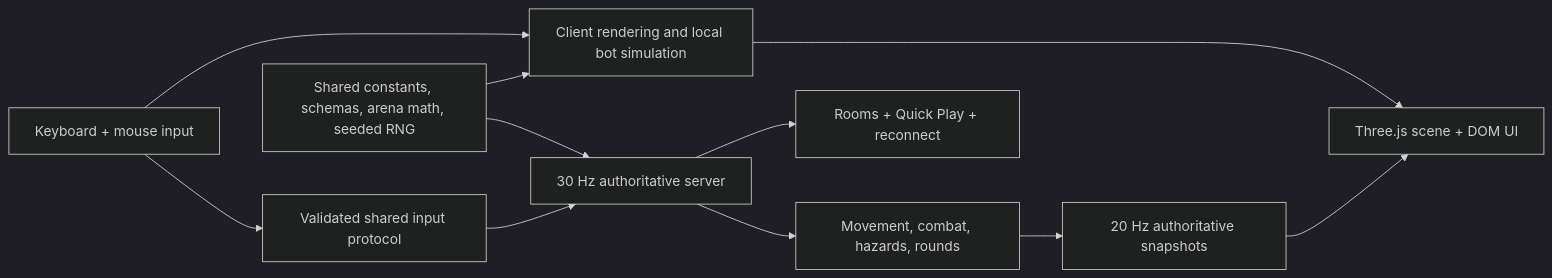
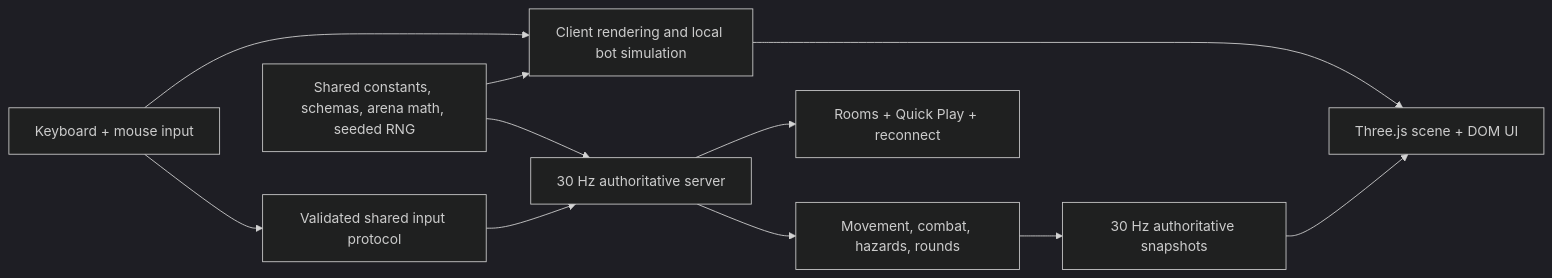
Before and after one commit to colelifts/knockback-arena: the diagram in README.md, drawn with Mermaid (dark theme). The commit also changed other lines of this file and 20 other files, not shown here.

````diff
--- a/README.md
+++ b/README.md
@@ -42,13 +43,13 @@
 ```mermaid
 flowchart LR
   Input["Keyboard + mouse input"] --> Prediction["Client rendering and local bot simulation"]
   Prediction --> View["Three.js scene + DOM UI"]
   Input --> Protocol["Validated shared input protocol"]
   Protocol --> Server["30 Hz authoritative server"]
   Server --> Rooms["Rooms + Quick Play + reconnect"]
   Server --> Simulation["Movement, combat, hazards, rounds"]
-  Simulation --> Snapshot["20 Hz authoritative snapshots"]
+  Simulation --> Snapshot["30 Hz authoritative snapshots"]
   Snapshot --> View
   Shared["Shared constants, schemas, arena math, seeded RNG"] --> Prediction
   Shared --> Server
 ```
````
